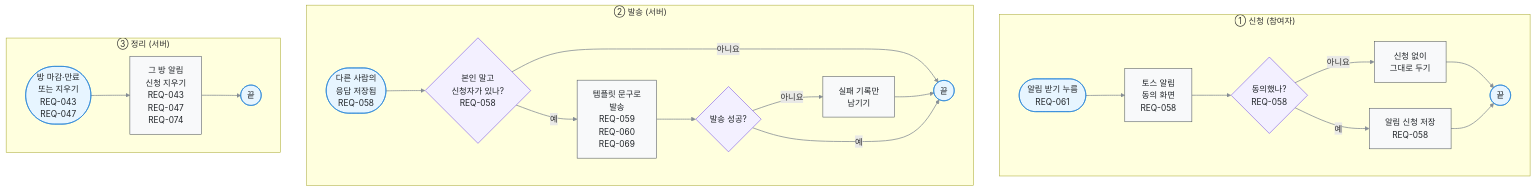
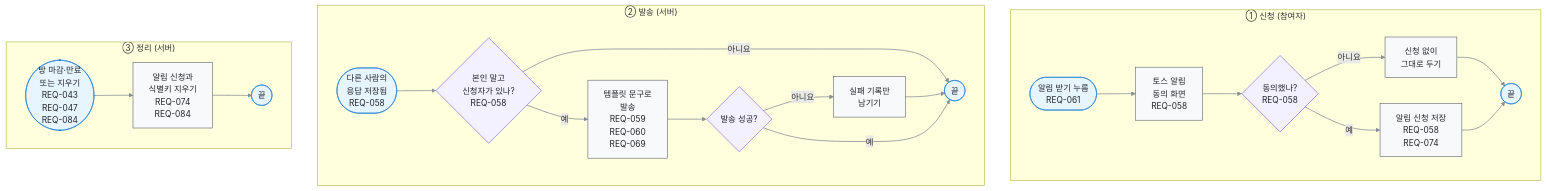
One commit to kodonghui/moim-card changed the diagram in docs/03-user-flow/FL-010-notification.md. Above: the diagram before and after it, drawn with Mermaid. The commit also changed other lines of this file and 12 other files, not shown here.

````diff
--- a/docs/03-user-flow/FL-010-notification.md
+++ b/docs/03-user-flow/FL-010-notification.md
@@ -9,53 +9,53 @@
 ```mermaid
 ---
 config:
   flowchart:
     wrappingWidth: 240
 ---
 flowchart TD
   subgraph L1["① 신청 (참여자)"]
     A(["알림 받기 누름<br/>REQ-061"])
     B["토스 알림<br/>동의 화면<br/>REQ-058"]
     C{"동의했나?<br/>REQ-058"}
     D1["신청 없이<br/>그대로 두기"]
-    E["알림 신청 저장<br/>REQ-058"]
+    E["알림 신청 저장<br/>REQ-058<br/>REQ-074"]
     Z1(["끝"])
   end
   subgraph L2["② 발송 (서버)"]
     F1(["다른 사람의<br/>응답 저장됨<br/>REQ-058"])
     G{"본인 말고<br/>신청자가 있나?<br/>REQ-058"}
     H["템플릿 문구로<br/>발송<br/>REQ-059<br/>REQ-060<br/>REQ-069"]
     I{"발송 성공?"}
     J["실패 기록만<br/>남기기"]
     Z2(["끝"])
   end
   subgraph L3["③ 정리 (서버)"]
-    K(["방 마감·만료<br/>또는 지우기<br/>REQ-043<br/>REQ-047"])
-    L["그 방 알림<br/>신청 지우기<br/>REQ-043<br/>REQ-047<br/>REQ-074"]
+    K(["방 마감·만료<br/>또는 지우기<br/>REQ-043<br/>REQ-047<br/>REQ-084"])
+    L["알림 신청과<br/>식별키 지우기<br/>REQ-074<br/>REQ-084"]
     Z3(["끝"])
   end
   A e1@--> B
   B e2@--> C
   C e3@-->|아니요| D1
   D1 e4@--> Z1
   C e5@-->|예| E
   E e6@--> Z1
   F1 e7@--> G
   G e8@-->|아니요| Z2
   G e9@-->|예| H
   H e10@--> I
   I e11@-->|아니요| J
   J e12@--> Z2
   I e13@-->|예| Z2
   K e14@--> L
   L e15@--> Z3
   %% legend: below
   classDef term fill:#e7f5ff,stroke:#1c7ed6,color:#212529
   classDef proc fill:#f8f9fa,stroke:#495057,color:#212529
   classDef decide fill:#f3f0ff,stroke:#7048e8,color:#212529
   classDef pass stroke:#868e96,stroke-width:1.5px
   class A,Z1,F1,Z2,K,Z3 term
   class B,D1,E,H,J,L proc
   class C,G,I decide
   class e1,e2,e3,e4,e5,e6,e7,e8,e9,e10,e11,e12,e13,e14,e15 pass
 ```
````
